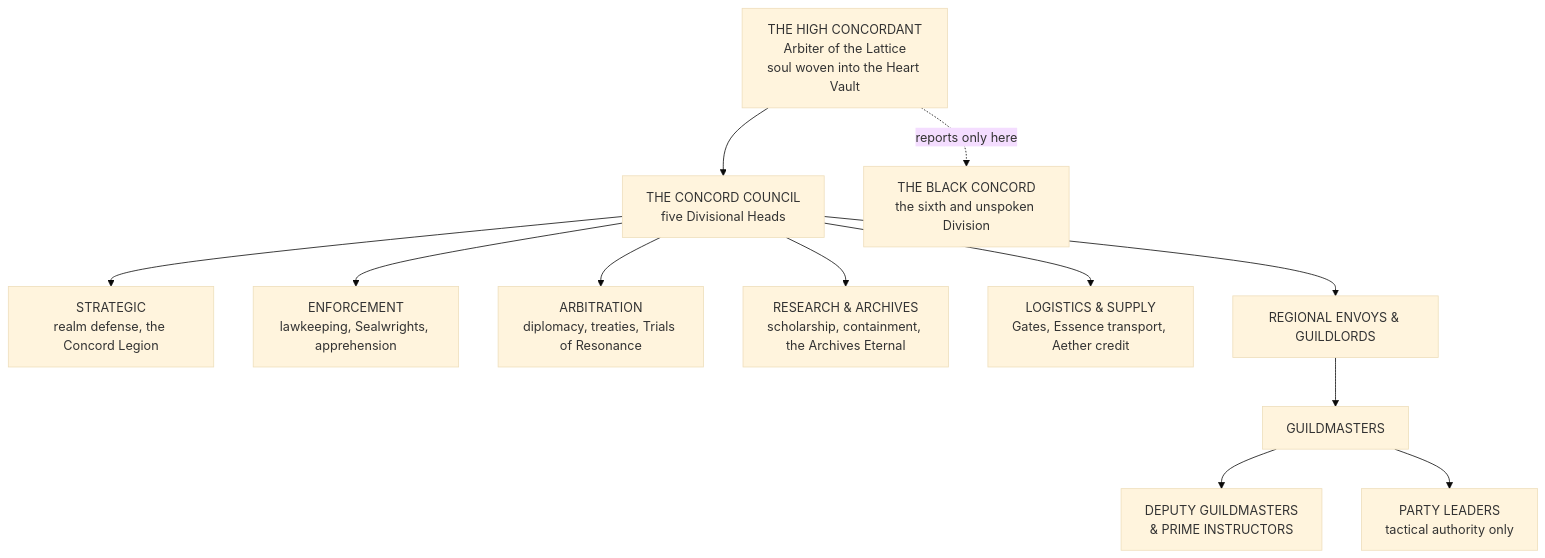
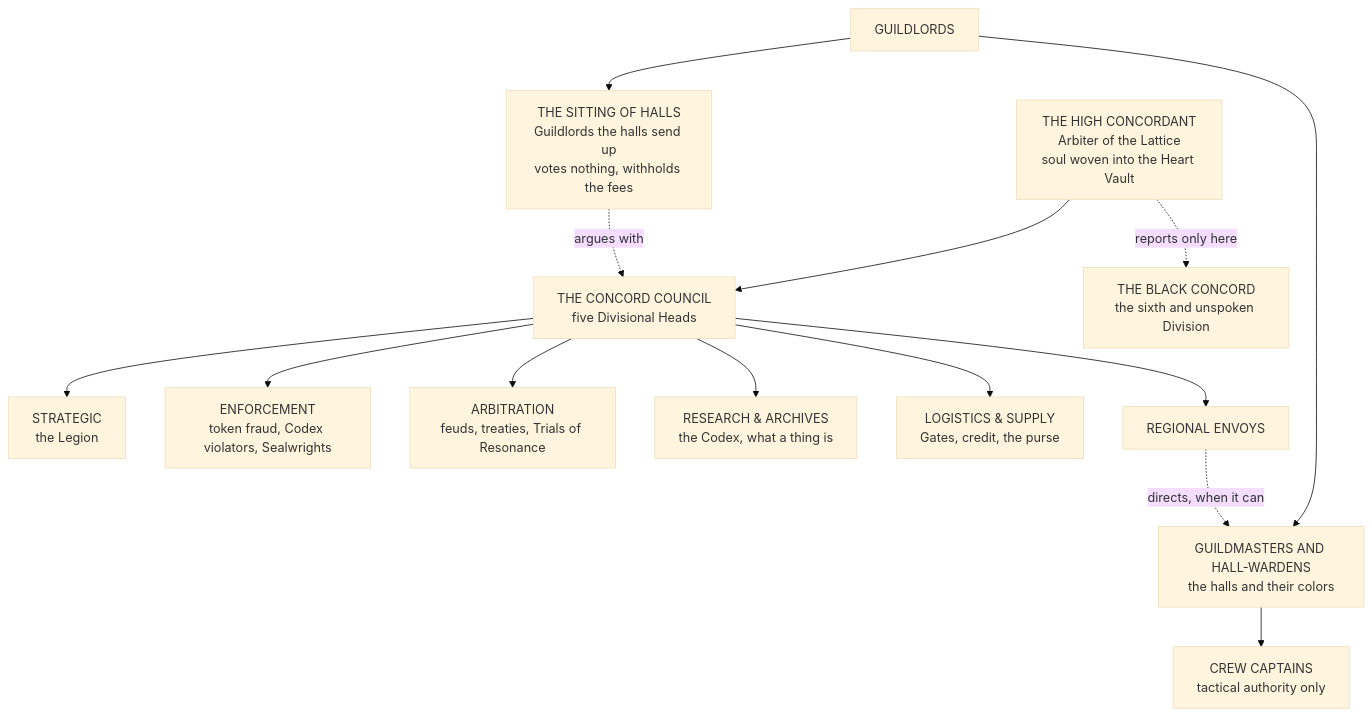
The diagram in wiki/Factions, Bloodlines & Institutions/Powers and Polities/The Guild Accord/The Guild Accord.md (vispotvision/wotr-rule-index), drawn with Mermaid (base theme) before and after one commit. The commit also changed other lines of this file and 107 other files, not shown here.

````diff
--- a/wiki/Factions, Bloodlines & Institutions/Powers and Polities/The Guild Accord/The Guild Accord.md
+++ b/wiki/Factions, Bloodlines & Institutions/Powers and Polities/The Guild Accord/The Guild Accord.md
@@ -65,15 +169,17 @@
 ```mermaid
 flowchart TD
     HC["THE HIGH CONCORDANT<br>Arbiter of the Lattice<br>soul woven into the Heart Vault"]
     HC --> CC["THE CONCORD COUNCIL<br>five Divisional Heads"]
     HC -.->|"reports only here"| BC["THE BLACK CONCORD<br>the sixth and unspoken Division"]
-    CC --> S["STRATEGIC<br>realm defense, the Concord Legion"]
-    CC --> E["ENFORCEMENT<br>lawkeeping, Sealwrights, apprehension"]
-    CC --> A["ARBITRATION<br>diplomacy, treaties, Trials of Resonance"]
-    CC --> R["RESEARCH & ARCHIVES<br>scholarship, containment, the Archives Eternal"]
-    CC --> L["LOGISTICS & SUPPLY<br>Gates, Essence transport, Aether credit"]
-    CC --> EN["REGIONAL ENVOYS & GUILDLORDS"]
-    EN --> GM["GUILDMASTERS"]
-    GM --> DG["DEPUTY GUILDMASTERS<br>& PRIME INSTRUCTORS"]
-    GM --> PL["PARTY LEADERS<br>tactical authority only"]
+    CC --> S["STRATEGIC<br>the Legion"]
+    CC --> E["ENFORCEMENT<br>token fraud, Codex violators, Sealwrights"]
+    CC --> A["ARBITRATION<br>feuds, treaties, Trials of Resonance"]
+    CC --> R["RESEARCH & ARCHIVES<br>the Codex, what a thing is"]
+    CC --> L["LOGISTICS & SUPPLY<br>Gates, credit, the purse"]
+    CC --> EN["REGIONAL ENVOYS"]
+    SH["THE SITTING OF HALLS<br>Guildlords the halls send up<br>votes nothing, withholds the fees"] -.->|"argues with"| CC
+    GL["GUILDLORDS"] --> SH
+    GL --> GM["GUILDMASTERS AND HALL-WARDENS<br>the halls and their colors"]
+    EN -.->|"directs, when it can"| GM
+    GM --> PL["CREW CAPTAINS<br>tactical authority only"]
 ```
````
